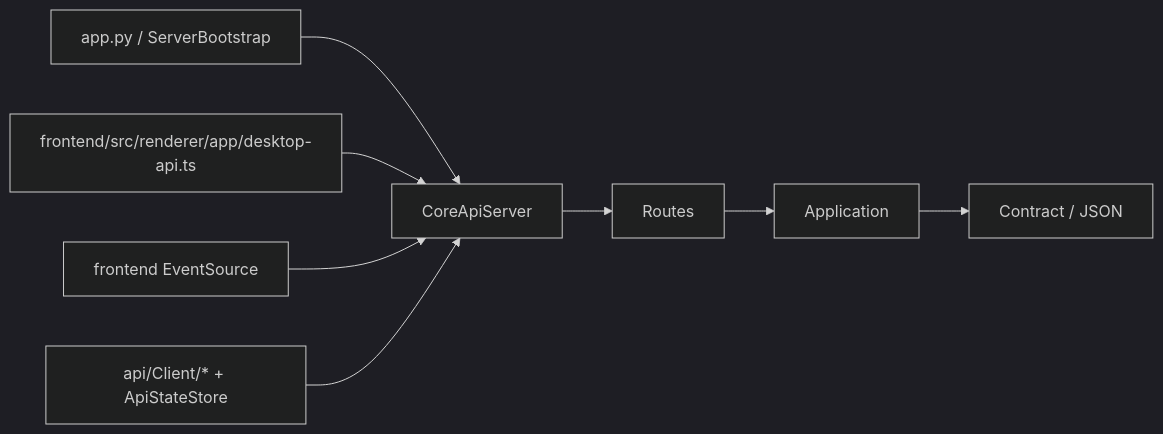
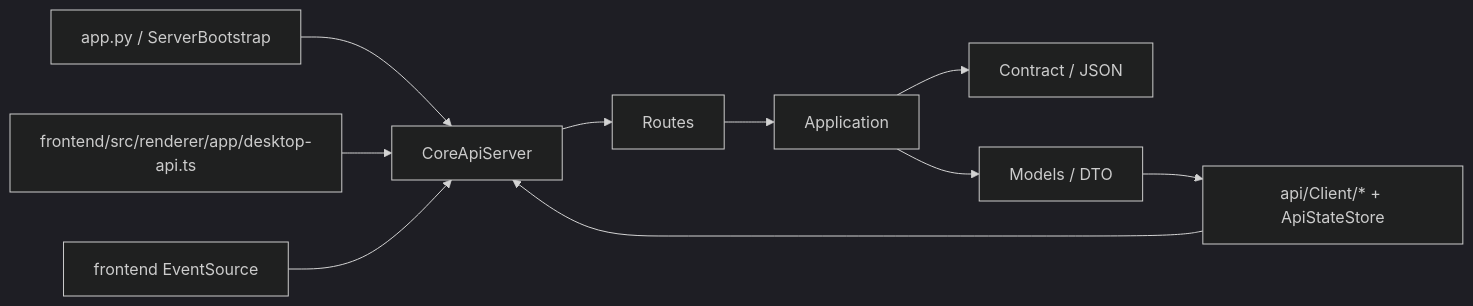
Before and after one commit to neavo/LinguaGacha: the diagram in api/SPEC.md, drawn with Mermaid (dark theme). The commit also changed other lines of this file and 173 other files, not shown here.

````diff
--- a/api/SPEC.md
+++ b/api/SPEC.md
@@ -33,11 +33,13 @@
 ```mermaid
 flowchart LR
     A["app.py / ServerBootstrap"] --> B["CoreApiServer"]
     B --> C["Routes"]
     C --> D["Application"]
     D --> E["Contract / JSON"]
+    D --> I["Models / DTO"]
 
     F["frontend/src/renderer/app/desktop-api.ts"] --> B
     G["frontend EventSource"] --> B
     H["api/Client/* + ApiStateStore"] --> B
+    I --> H
 ```
````
